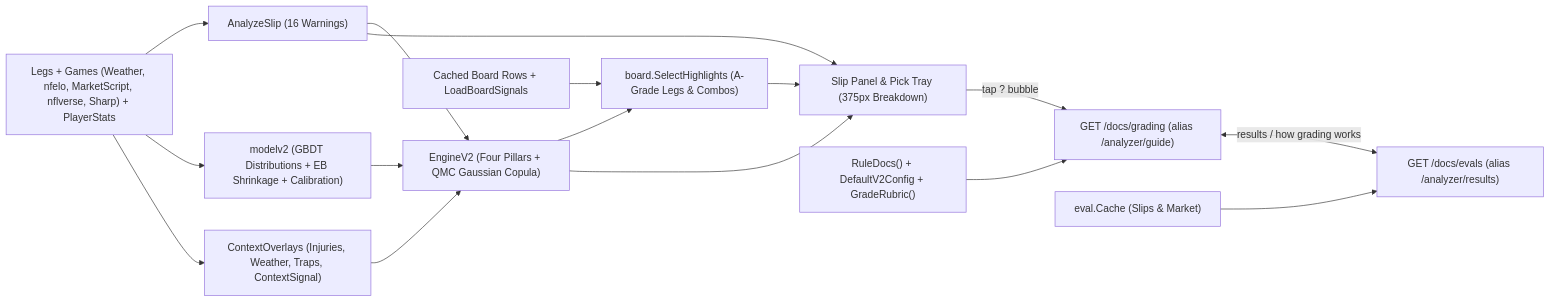
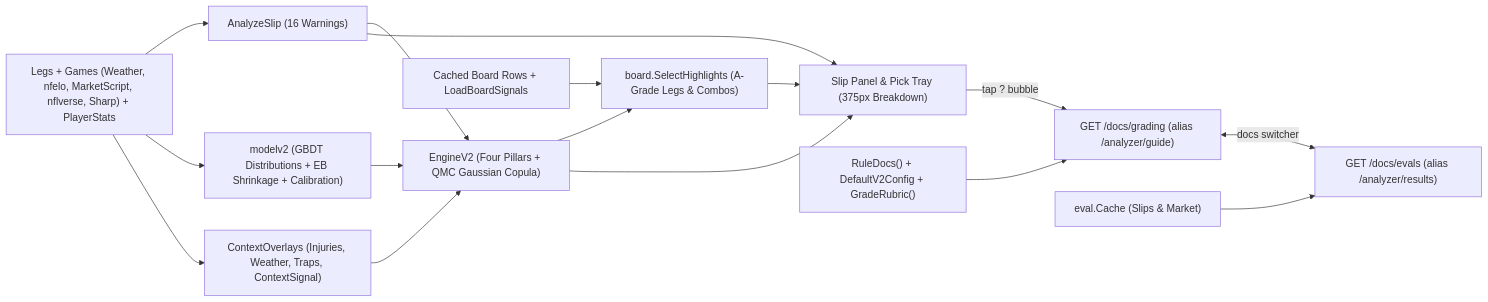
The diagram in docs/concepts/analyzer.md (kalverra/parlay-club), drawn with Mermaid before and after one commit. The commit also changed other lines of this file and 16 other files, not shown here.

````diff
--- a/docs/concepts/analyzer.md
+++ b/docs/concepts/analyzer.md
@@ -27,18 +24,18 @@
 ```mermaid
 flowchart LR
   Inputs["Legs + Games (Weather, nfelo, MarketScript, nflverse, Sharp) + PlayerStats"] --> Rules["AnalyzeSlip (16 Warnings)"]
   Inputs --> ModelV2["modelv2 (GBDT Distributions + EB Shrinkage + Calibration)"]
   Inputs --> Overlays["ContextOverlays (Injuries, Weather, Traps, ContextSignal)"]
   ModelV2 --> EngineV2["EngineV2 (Four Pillars + QMC Gaussian Copula)"]
   Overlays --> EngineV2
   Rules --> EngineV2
   Board["Cached Board Rows + LoadBoardSignals"] --> Highlights["board.SelectHighlights (A-Grade Legs & Combos)"]
   EngineV2 --> Highlights
   Rules --> UI["Slip Panel & Pick Tray (375px Breakdown)"]
   EngineV2 --> UI
   Highlights --> UI
   UI -->|"tap ? bubble"| Guide["GET /docs/grading (alias /analyzer/guide)"]
-  Guide <-->|"results / how grading works"| Results["GET /docs/evals (alias /analyzer/results)"]
+  Guide <-->|"docs switcher"| Results["GET /docs/evals (alias /analyzer/results)"]
   EngineDocs["RuleDocs() + DefaultV2Config + GradeRubric()"] --> Guide
   Cache["eval.Cache (Slips & Market)"] --> Results
 ```
````
